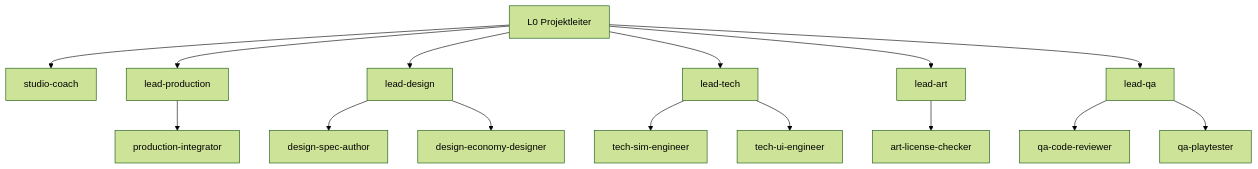
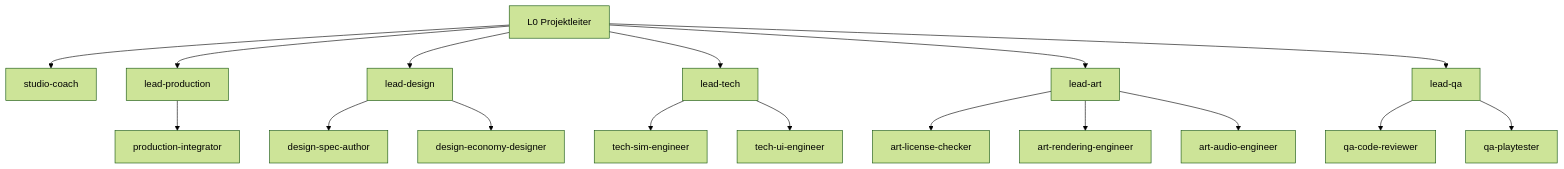
Before and after one commit to konstantinniedermann/Inselreich: the first of 2 diagrams in docs/studio/STUDIO.md, drawn with Mermaid (forest theme). The commit also changed other lines of this file and 5 other files, not shown here.

First line of the commit message:
docs: Persona art-rendering-engineer und art-audio-engineer (R88, R96 Punkt 8)

````diff
--- a/docs/studio/STUDIO.md
+++ b/docs/studio/STUDIO.md
@@ -27,18 +27,20 @@
 ```mermaid
 flowchart TD
   L0[L0 Projektleiter]
   L0 --> C[studio-coach]
   L0 --> P[lead-production]
   L0 --> D[lead-design]
   L0 --> T[lead-tech]
   L0 --> A[lead-art]
   L0 --> Q[lead-qa]
   P --> P1[production-integrator]
   D --> D1[design-spec-author]
   D --> D2[design-economy-designer]
   T --> T1[tech-sim-engineer]
   T --> T2[tech-ui-engineer]
   A --> A1[art-license-checker]
+  A --> A2[art-rendering-engineer]
+  A --> A3[art-audio-engineer]
   Q --> Q1[qa-code-reviewer]
   Q --> Q2[qa-playtester]
 ```
````
